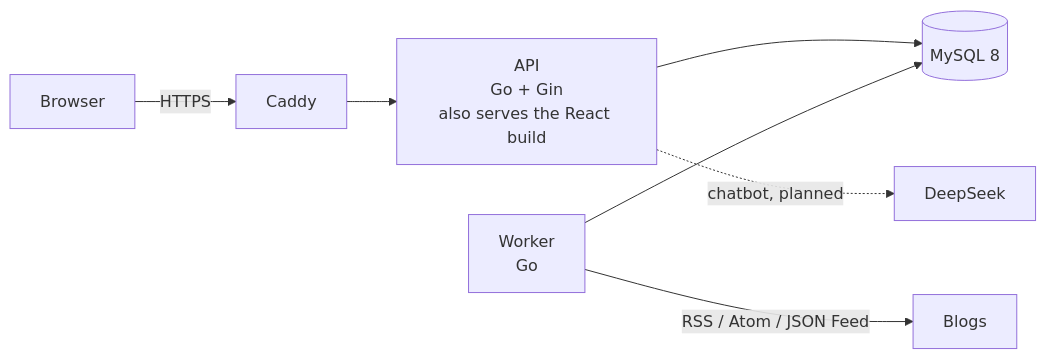
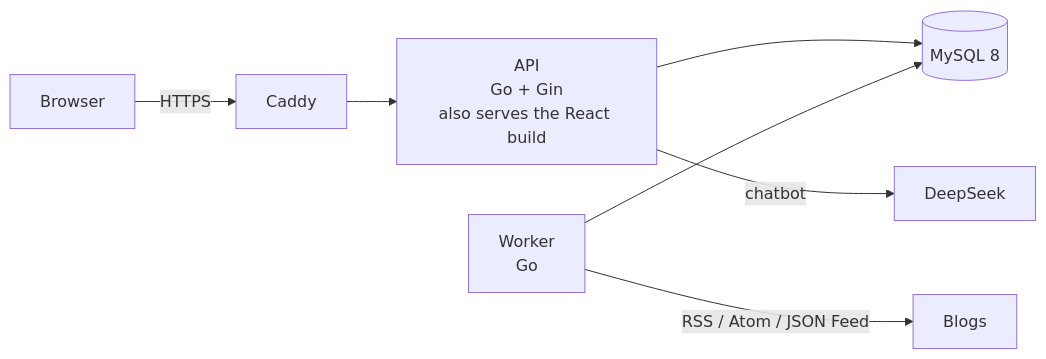
One commit to ushi02/go_feed changed the diagram in README.md. Above: the diagram before and after it, drawn with Mermaid. The commit also changed other lines of this file and 2 other files, not shown here.

Commit message:
README and interview pitch: chatbot done

````diff
--- a/README.md
+++ b/README.md
@@ -23,9 +23,9 @@
 ```mermaid
 flowchart LR
   B[Browser] -->|HTTPS| C[Caddy]
   C --> A[API<br/>Go + Gin<br/>also serves the React build]
   A --> D[(MySQL 8)]
   W[Worker<br/>Go] --> D
   W -->|RSS / Atom / JSON Feed| S[Blogs]
-  A -.->|chatbot, planned| L[DeepSeek]
+  A -->|chatbot| L[DeepSeek]
 ```
````
